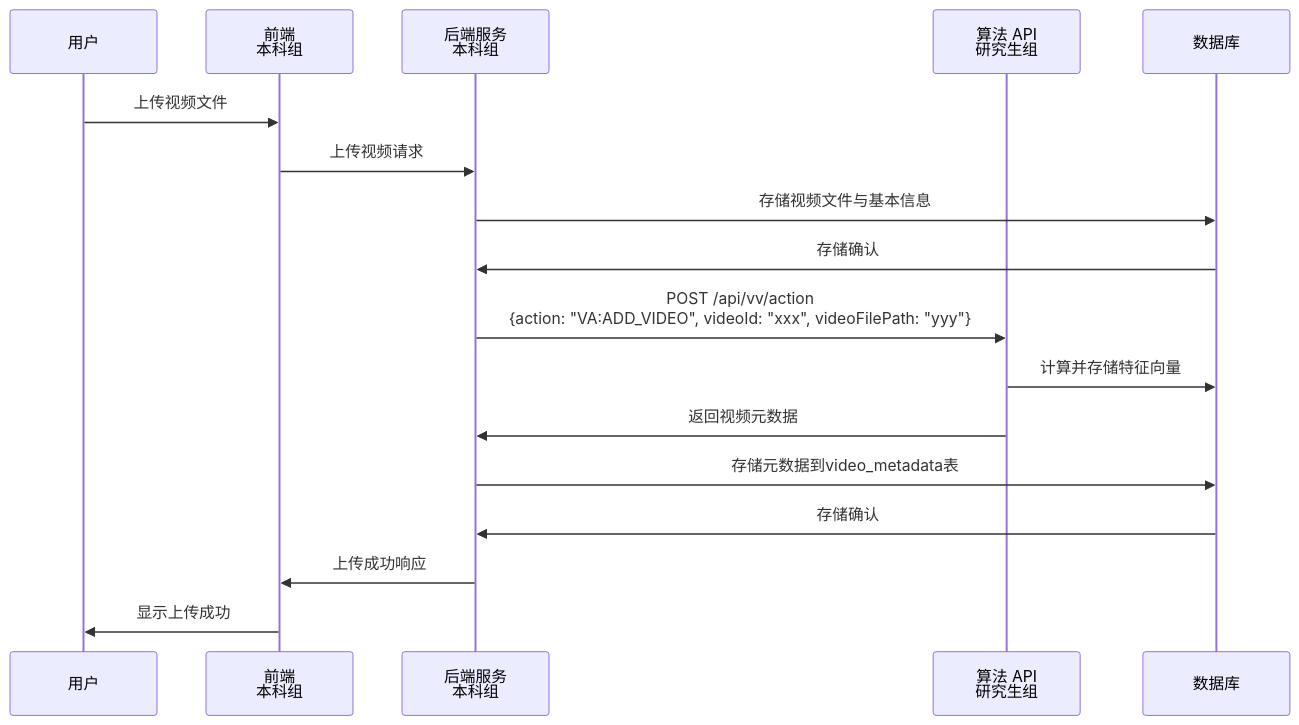
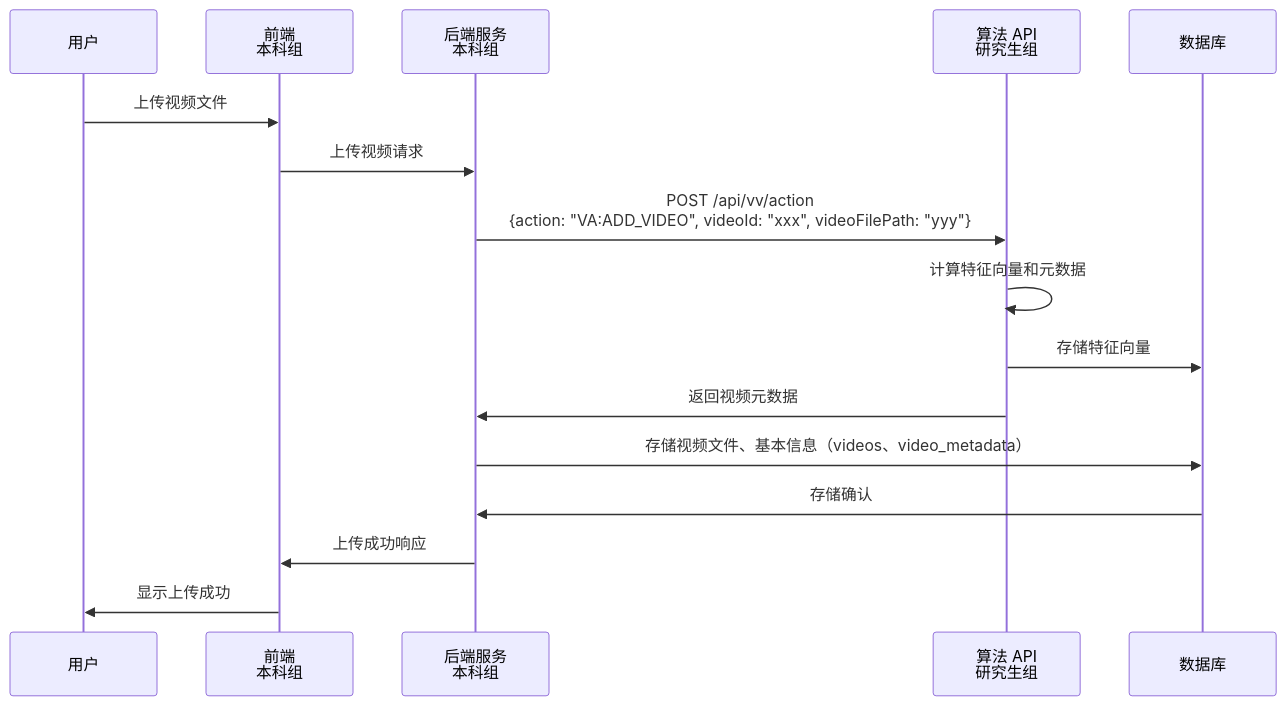
One commit to fssc255/vv_service changed the second of 3 diagrams in Tasks.md. Above: the diagram before and after it, drawn with Mermaid. The commit also changed other lines of this file and 3 other files, not shown here.

````diff
--- a/Tasks.md
+++ b/Tasks.md
@@ -219,21 +219,21 @@
 ```mermaid
 sequenceDiagram
 participant User as 用户
 participant Frontend as 前端<br/>本科组
 participant Backend as 后端服务<br/>本科组
 participant Algorithm as 算法 API<br/>研究生组
 participant DB as 数据库
 
     User->>Frontend: 上传视频文件
     Frontend->>Backend: 上传视频请求
-    Backend->>DB: 存储视频文件与基本信息
-    DB->>Backend: 存储确认
     Backend->>Algorithm: POST /api/vv/action<br/>{action: "VA:ADD_VIDEO", videoId: "xxx", videoFilePath: "yyy"}
 
-    Algorithm->>DB: 计算并存储特征向量
+    Algorithm->>Algorithm: 计算特征向量和元数据
+    Algorithm->>DB: 存储特征向量
     Algorithm->>Backend: 返回视频元数据
-    Backend->>DB: 存储元数据到video_metadata表
+
+    Backend->>DB: 存储视频文件、基本信息（videos、video_metadata）
     DB->>Backend: 存储确认
     Backend->>Frontend: 上传成功响应
     Frontend->>User: 显示上传成功
 ```
````
